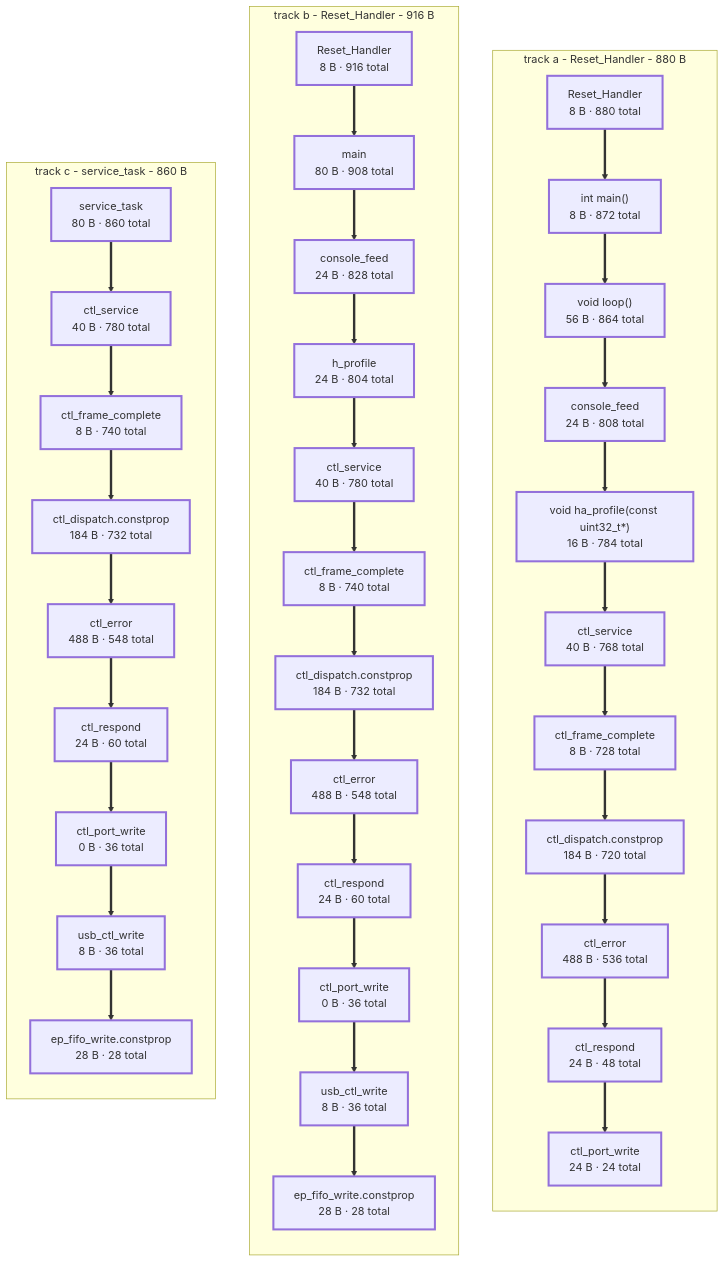
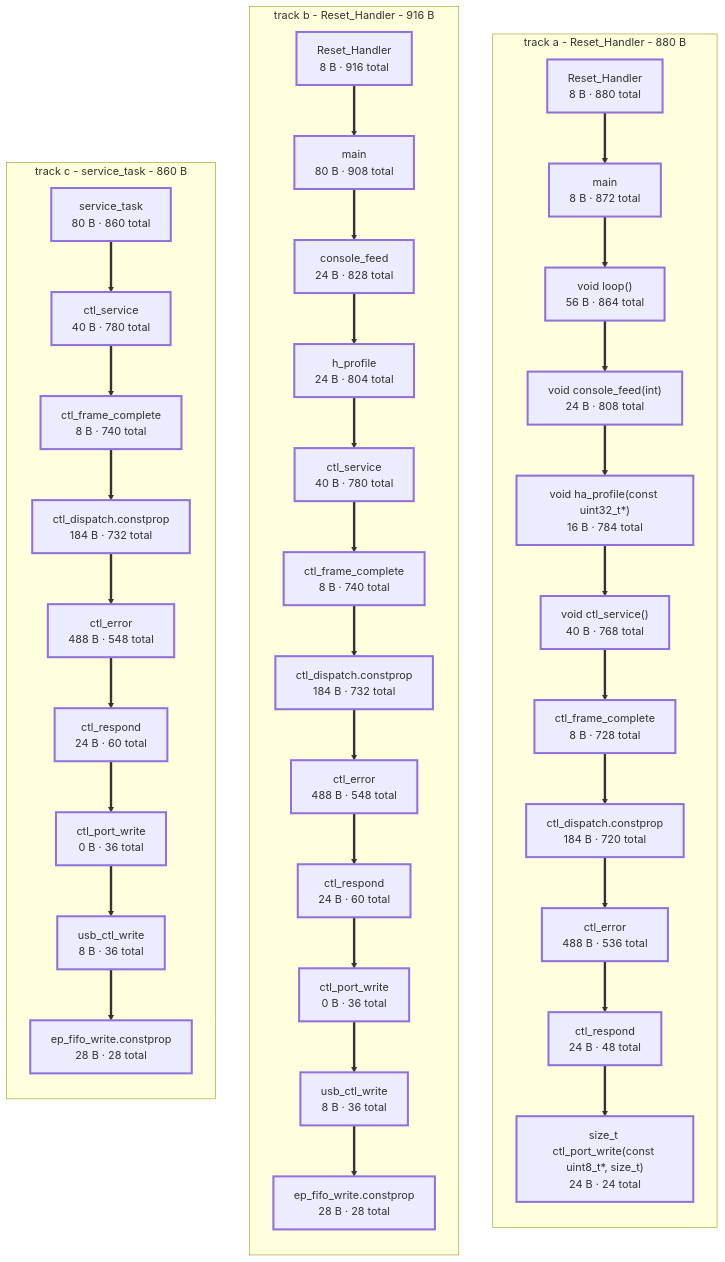
One commit to jerryrt/due_oscilloscope changed the diagram in docs/stack-depth.md. Above: the diagram before and after it, drawn with Mermaid. The commit also changed other lines of this file and 1 other file, not shown here.

```diff
--- a/docs/stack-depth.md
+++ b/docs/stack-depth.md
@@ -508,16 +531,16 @@
   subgraph sg_a["track a - Reset_Handler - 880 B"]
   direction TB
     a0["Reset_Handler<br/>8 B · 880 total"]
-    a1["int main()<br/>8 B · 872 total"]
+    a1["main<br/>8 B · 872 total"]
     a2["void loop()<br/>56 B · 864 total"]
-    a3["console_feed<br/>24 B · 808 total"]
+    a3["void console_feed(int)<br/>24 B · 808 total"]
     a4["void ha_profile(const uint32_t*)<br/>16 B · 784 total"]
-    a5["ctl_service<br/>40 B · 768 total"]
+    a5["void ctl_service()<br/>40 B · 768 total"]
     a6["ctl_frame_complete<br/>8 B · 728 total"]
     a7["ctl_dispatch.constprop<br/>184 B · 720 total"]
     a8["ctl_error<br/>488 B · 536 total"]
     a9["ctl_respond<br/>24 B · 48 total"]
-    a10["ctl_port_write<br/>24 B · 24 total"]
+    a10["size_t ctl_port_write(const uint8_t*, size_t)<br/>24 B · 24 total"]
     a0 ==> a1
     a1 ==> a2
     a2 ==> a3
```
